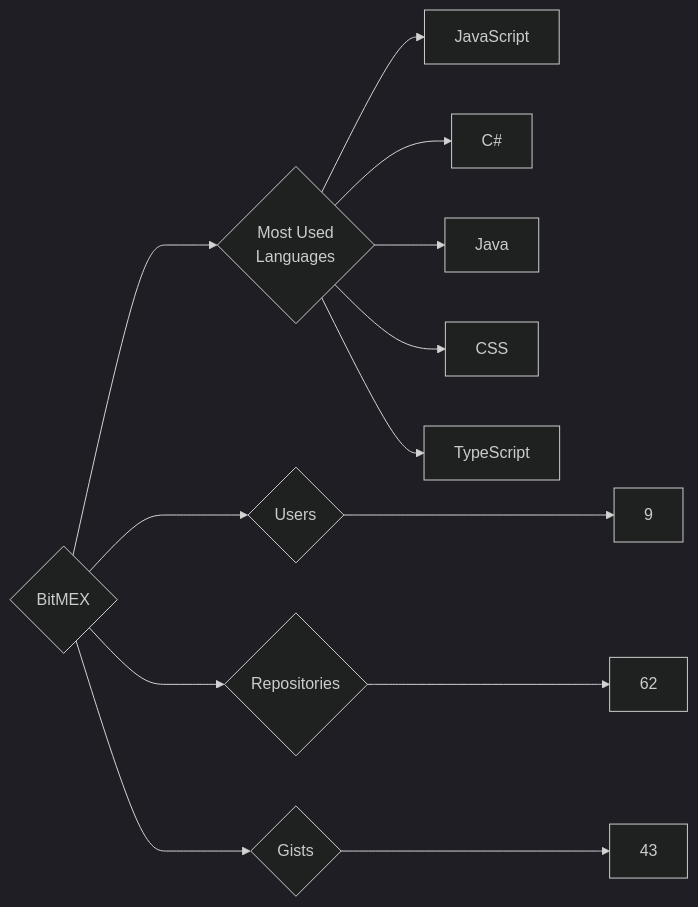
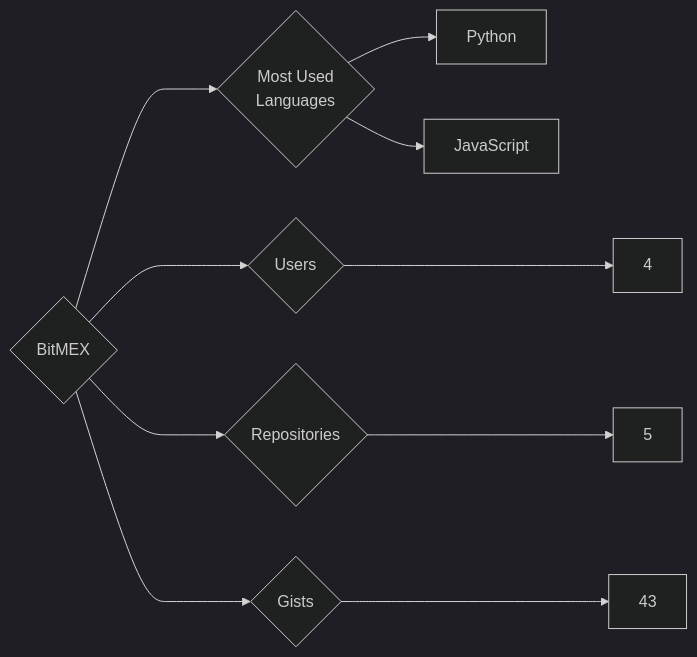
Before and after one commit to trickest/insiders: the diagram in targets/BitMEX/README.md, drawn with Mermaid (dark theme). The commit also changed 693 other files, not shown here.

````diff
--- a/targets/BitMEX/README.md
+++ b/targets/BitMEX/README.md
@@ -3,13 +3,10 @@
 ```mermaid
 graph LR
 COMPANY_NAME{BitMEX}
-COMPANY_NAME ---> U{Users} ---> UN[9]
-COMPANY_NAME ---> R{Repositories} ---> RN[62]
+COMPANY_NAME ---> U{Users} ---> UN[4]
+COMPANY_NAME ---> R{Repositories} ---> RN[5]
 COMPANY_NAME ---> G{Gists} ---> GN[43]
 COMPANY_NAME ---> ML{Most Used<br>Languages}
+ML --> Python[Python]
 ML --> JavaScript[JavaScript]
-ML --> C#[C#]
-ML --> Java[Java]
-ML --> CSS[CSS]
-ML --> TypeScript[TypeScript]
 ```
````
